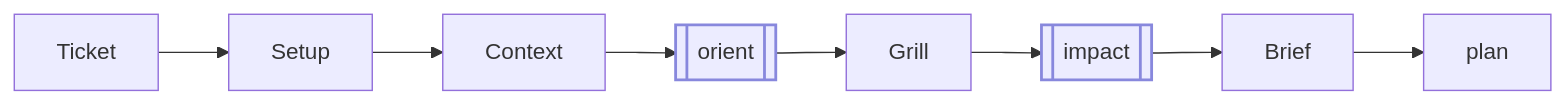
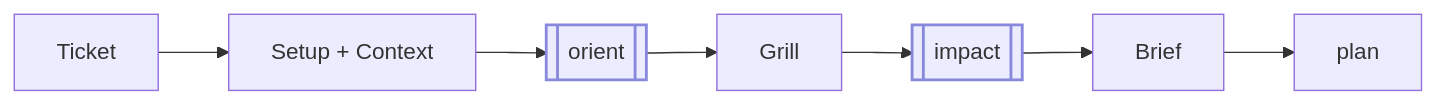
The first of 2 diagrams in README.md (sunitghub/canon-skills), drawn with Mermaid before and after one commit.

Commit message:
docs: merge Setup+Context nodes to clear Mermaid viewer controls

````diff
--- a/README.md
+++ b/README.md
@@ -74,6 +74,6 @@
 ```mermaid
 flowchart LR
-    S1[Ticket] --> S2[Setup] --> S3[Context] --> S4[[orient]] --> S5[Grill] --> S6[[impact]] --> S7[Brief] --> S9[plan]
+    S1[Ticket] --> S2[Setup + Context] --> S4[[orient]] --> S5[Grill] --> S6[[impact]] --> S7[Brief] --> S9[plan]
     classDef subskill stroke:#8888dd,stroke-width:2px
     class S4,S6 subskill
 ```
````
